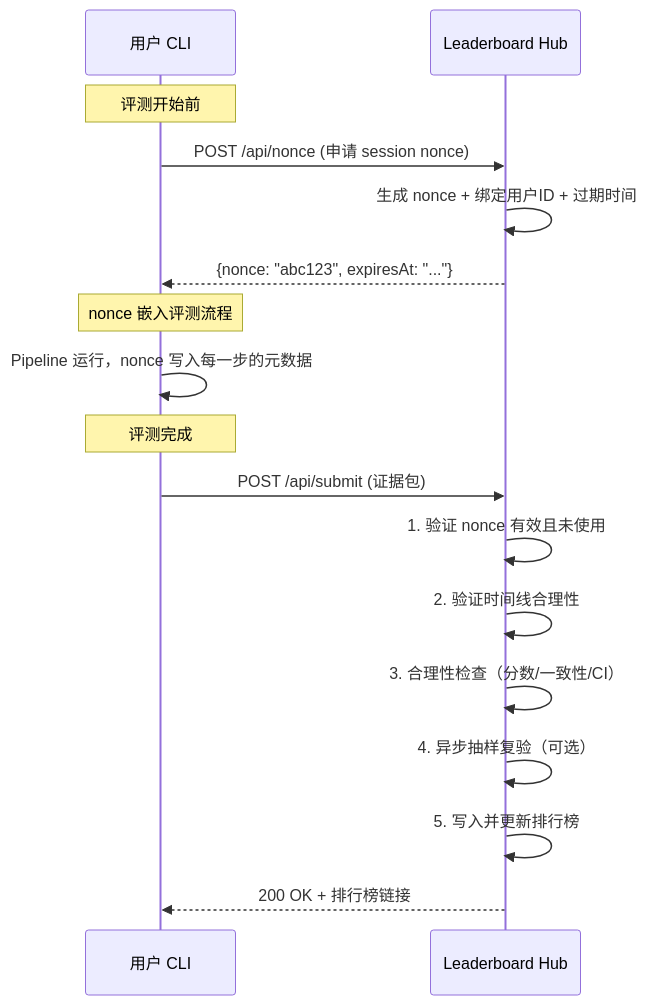
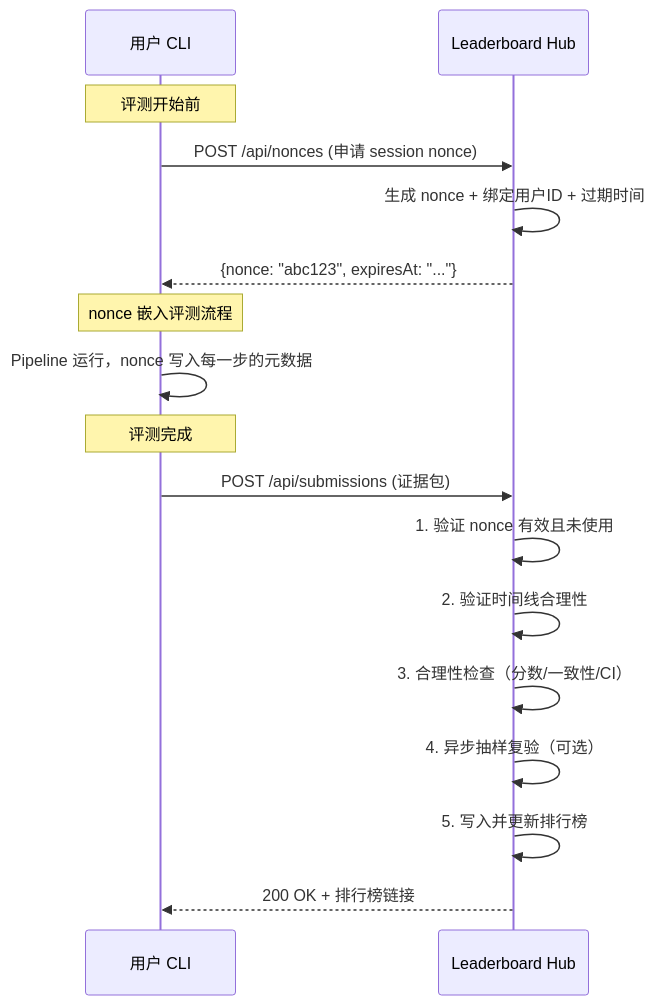
Before and after one commit to QingJ01/Req-2-Rank: the sixth of 7 diagrams in plan.md, drawn with Mermaid. The commit also changed other lines of this file and 19 other files, not shown here.

````diff
--- a/plan.md
+++ b/plan.md
@@ -670,22 +670,22 @@
 ```mermaid
 sequenceDiagram
     participant CLI as 用户 CLI
     participant Hub as Leaderboard Hub
 
     Note over CLI: 评测开始前
-    CLI->>Hub: POST /api/nonce (申请 session nonce)
+    CLI->>Hub: POST /api/nonces (申请 session nonce)
     Hub->>Hub: 生成 nonce + 绑定用户ID + 过期时间
     Hub-->>CLI: {nonce: "abc123", expiresAt: "..."}
 
     Note over CLI: nonce 嵌入评测流程
     CLI->>CLI: Pipeline 运行，nonce 写入每一步的元数据
 
     Note over CLI: 评测完成
-    CLI->>Hub: POST /api/submit (证据包)
+    CLI->>Hub: POST /api/submissions (证据包)
     Hub->>Hub: 1. 验证 nonce 有效且未使用
     Hub->>Hub: 2. 验证时间线合理性
     Hub->>Hub: 3. 合理性检查（分数/一致性/CI）
     Hub->>Hub: 4. 异步抽样复验（可选）
     Hub->>Hub: 5. 写入并更新排行榜
     Hub-->>CLI: 200 OK + 排行榜链接
 ```
````
